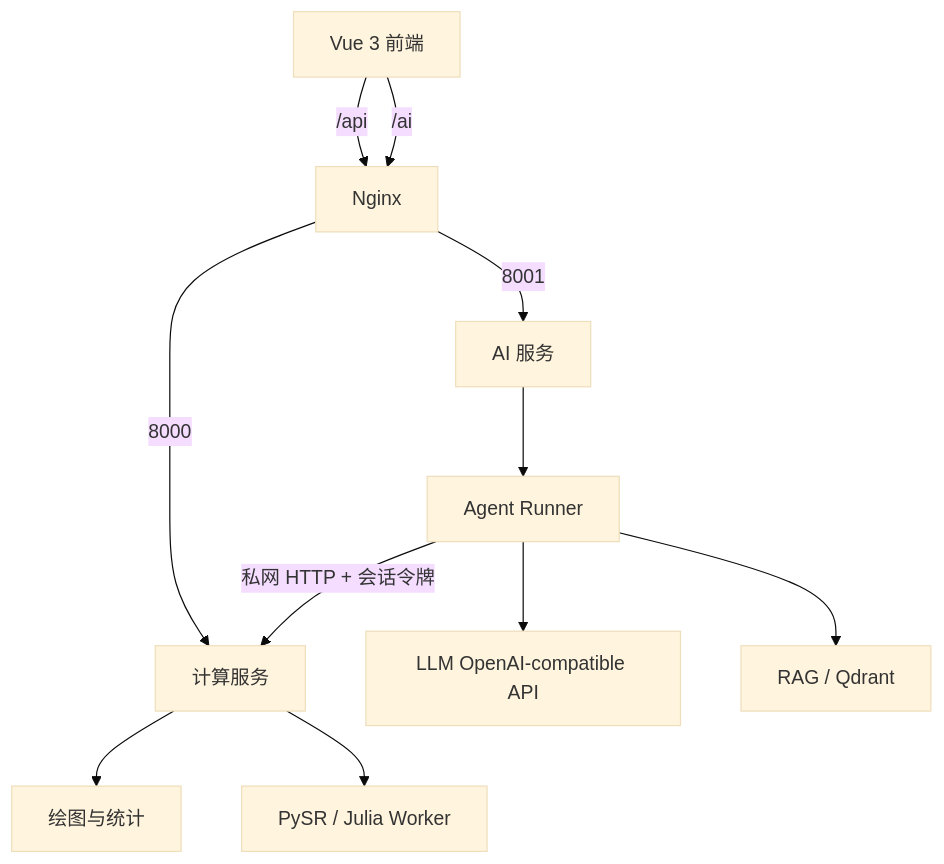
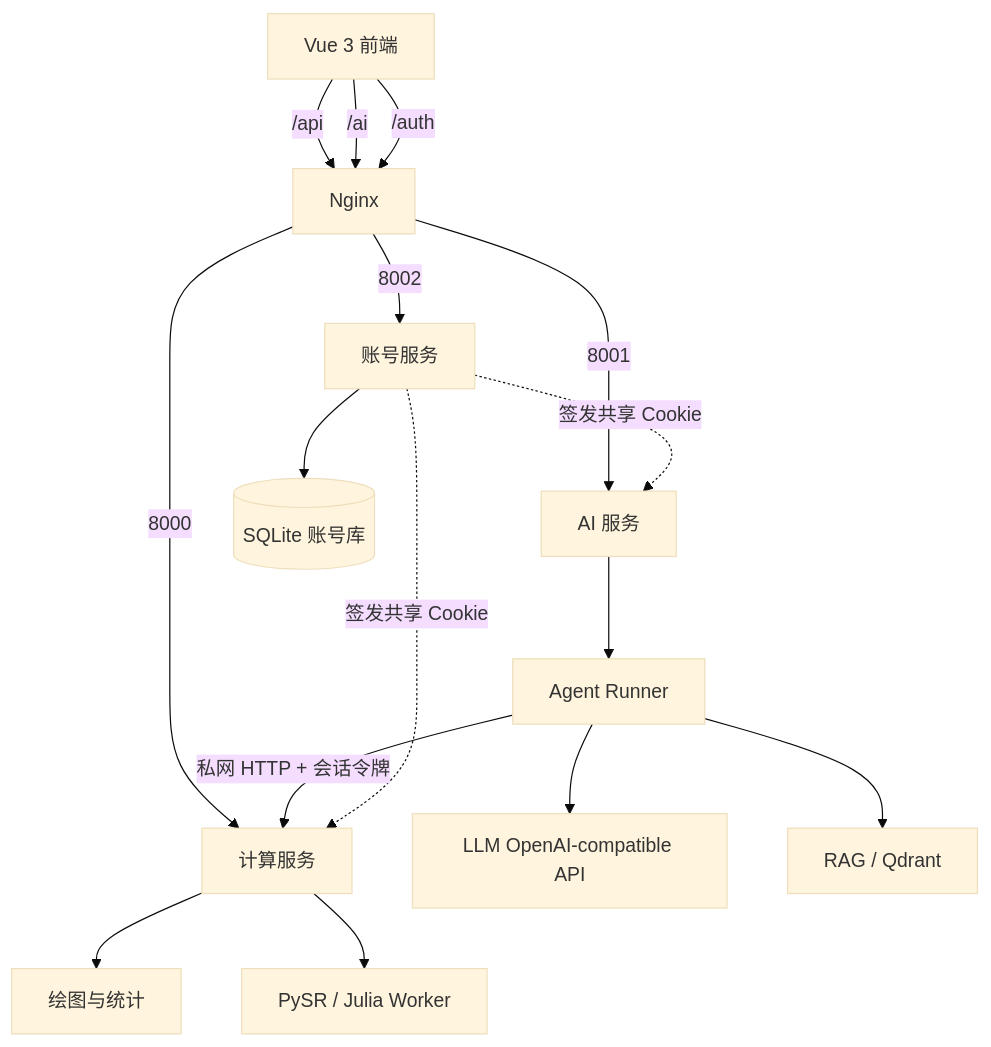
Before and after one commit to Freeee0818/RuixiLab: the second of 2 diagrams in README.md, drawn with Mermaid (base theme). The commit also changed other lines of this file and 107 other files, not shown here.

````diff
--- a/README.md
+++ b/README.md
@@ -73,13 +74,18 @@
 ```mermaid
 flowchart TB
     B[Vue 3 前端] -->|/api| N[Nginx]
     B -->|/ai| N
+    B -->|/auth| N
     N -->|8000| C[计算服务]
     N -->|8001| A[AI 服务]
+    N -->|8002| X[账号服务]
     C --> P[绘图与统计]
     C --> J[PySR / Julia Worker]
     A --> G[Agent Runner]
     G --> Q[LLM OpenAI-compatible API]
     G --> R[RAG / Qdrant]
     G -->|私网 HTTP + 会话令牌| C
+    X --> D[(SQLite 账号库)]
+    X -.签发共享 Cookie.-> C
+    X -.签发共享 Cookie.-> A
 ```
````
